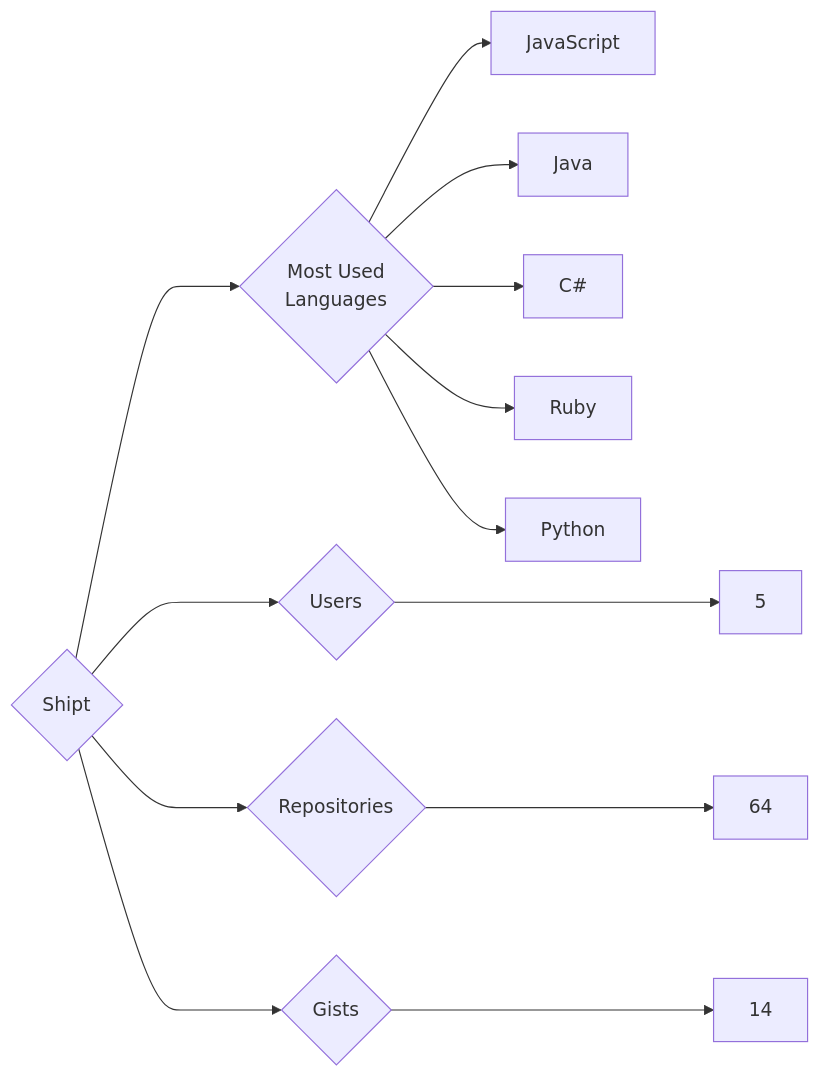
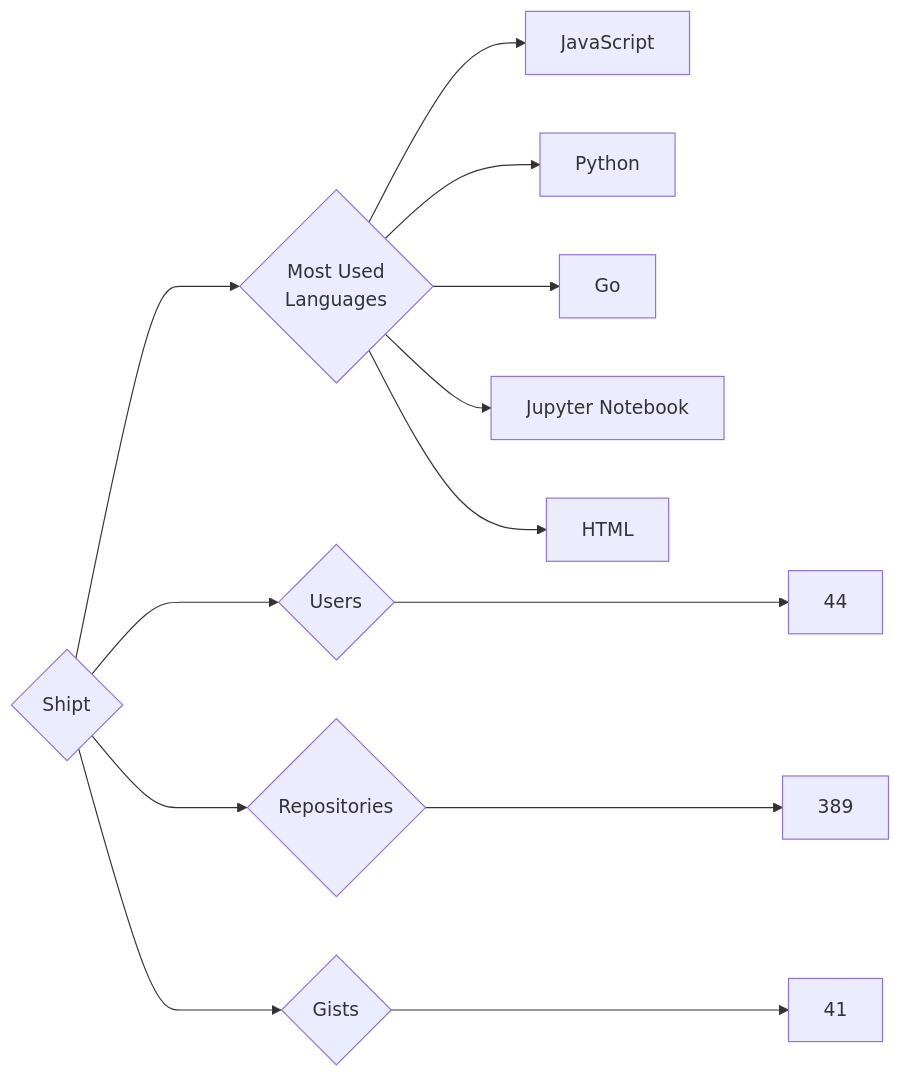
The diagram in targets/Shipt/README.md (trickest/insiders), drawn with Mermaid before and after one commit. The commit also changed 964 other files, not shown here.

````diff
--- a/targets/Shipt/README.md
+++ b/targets/Shipt/README.md
@@ -3,13 +3,13 @@
 ```mermaid
 graph LR
 COMPANY_NAME{Shipt}
-COMPANY_NAME ---> U{Users} ---> UN[5]
-COMPANY_NAME ---> R{Repositories} ---> RN[64]
-COMPANY_NAME ---> G{Gists} ---> GN[14]
+COMPANY_NAME ---> U{Users} ---> UN[44]
+COMPANY_NAME ---> R{Repositories} ---> RN[389]
+COMPANY_NAME ---> G{Gists} ---> GN[41]
 COMPANY_NAME ---> ML{Most Used<br>Languages}
 ML --> JavaScript[JavaScript]
-ML --> Java[Java]
-ML --> C#[C#]
-ML --> Ruby[Ruby]
 ML --> Python[Python]
+ML --> Go[Go]
+ML --> Jupyter_Notebook[Jupyter Notebook]
+ML --> HTML[HTML]
 ```
````
